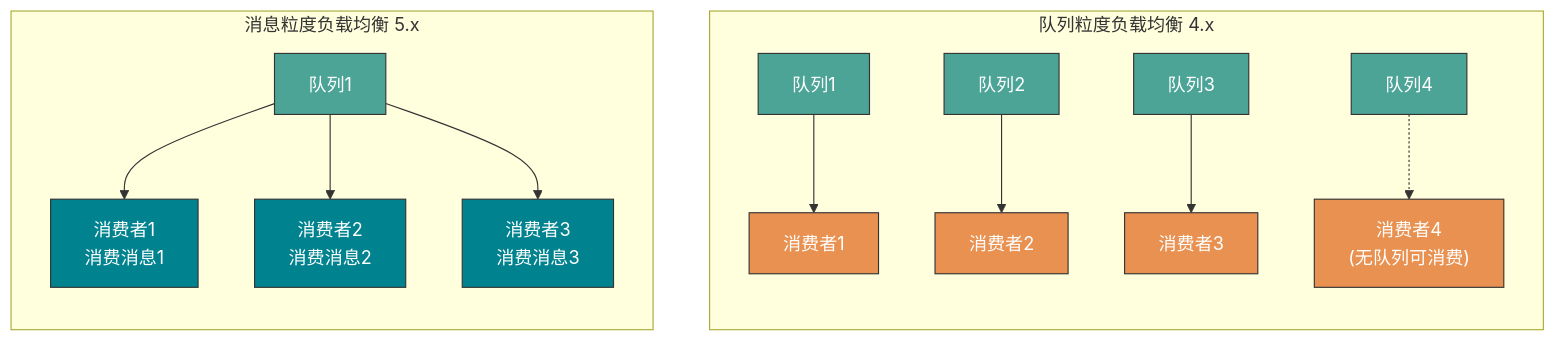
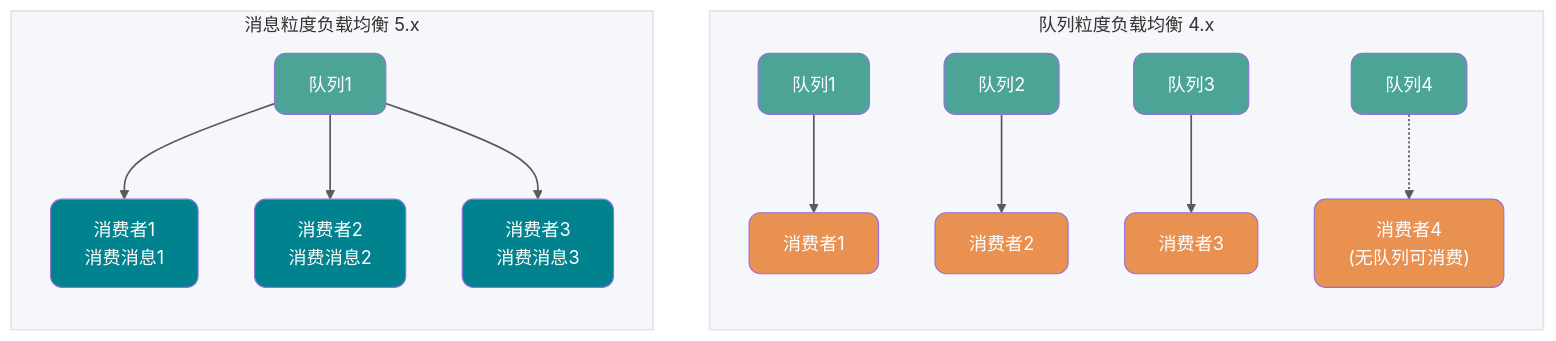
The fourth of 13 diagrams in docs/high-performance/message-queue/rocketmq-questions.md (Snailclimb/JavaGuide), drawn with Mermaid before and after one commit. The commit also changed other lines of this file and 7 other files, not shown here.

Commit message:
docs：mermaid 配图样式优化

````diff
--- a/docs/high-performance/message-queue/rocketmq-questions.md
+++ b/docs/high-performance/message-queue/rocketmq-questions.md
@@ -262,33 +273,29 @@
 ```mermaid
 flowchart TB
     subgraph Queue["队列粒度负载均衡 4.x"]
+        style Queue fill:#F5F7FA,stroke:#E0E6ED,stroke-width:1.5px
         direction TB
         Q1["队列1"] --> C1["消费者1"]
         Q2["队列2"] --> C2["消费者2"]
         Q3["队列3"] --> C3["消费者3"]
         Q4["队列4"] -.-> C4["消费者4<br/>(无队列可消费)"]
     end
 
     subgraph Message["消息粒度负载均衡 5.x"]
+        style Message fill:#F5F7FA,stroke:#E0E6ED,stroke-width:1.5px
         direction TB
         MQ1["队列1"] --> MC1["消费者1<br/>消费消息1"]
         MQ1 --> MC2["消费者2<br/>消费消息2"]
         MQ1 --> MC3["消费者3<br/>消费消息3"]
     end
 
-    %% 优化：统一样式格式，修正颜色显示优先级，提升可读性
-    style Q1 fill:#4CA497,stroke:#333,color:#fff,stroke-width:1px
-    style Q2 fill:#4CA497,stroke:#333,color:#fff,stroke-width:1px
-    style Q3 fill:#4CA497,stroke:#333,color:#fff,stroke-width:1px
-    style Q4 fill:#4CA497,stroke:#333,color:#fff,stroke-width:1px
-    style MQ1 fill:#4CA497,stroke:#333,color:#fff,stroke-width:1px
+    classDef queue fill:#4CA497,color:#fff,rx:10,ry:10
+    classDef consumer4x fill:#E99151,color:#fff,rx:10,ry:10
+    classDef consumer5x fill:#00838F,color:#fff,rx:10,ry:10
 
-    style C1 fill:#E99151,stroke:#333,color:#fff,stroke-width:1px
-    style C2 fill:#E99151,stroke:#333,color:#fff,stroke-width:1px
-    style C3 fill:#E99151,stroke:#333,color:#fff,stroke-width:1px
-    style C4 fill:#E99151,stroke:#333,color:#fff,stroke-width:1px
+    class Q1,Q2,Q3,Q4,MQ1 queue
+    class C1,C2,C3,C4 consumer4x
+    class MC1,MC2,MC3 consumer5x
 
-    style MC1 fill:#00838F,stroke:#333,color:#fff,stroke-width:1px
-    style MC2 fill:#00838F,stroke:#333,color:#fff,stroke-width:1px
-    style MC3 fill:#00838F,stroke:#333,color:#fff,stroke-width:1px
+    linkStyle default stroke-width:1.5px,opacity:0.8
 ```
````
